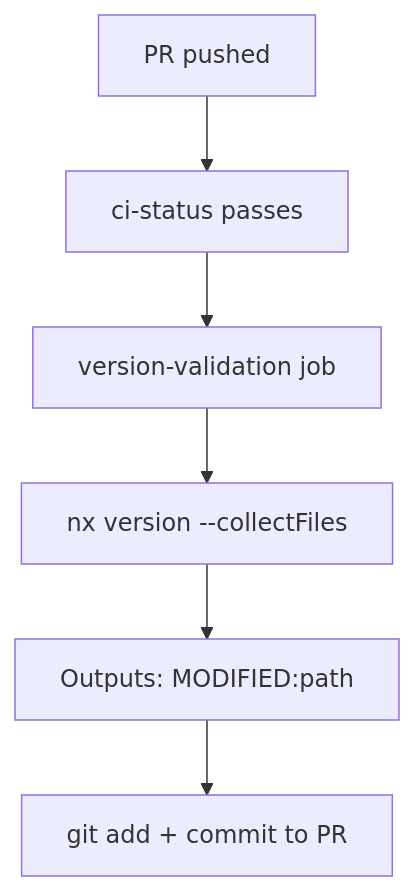
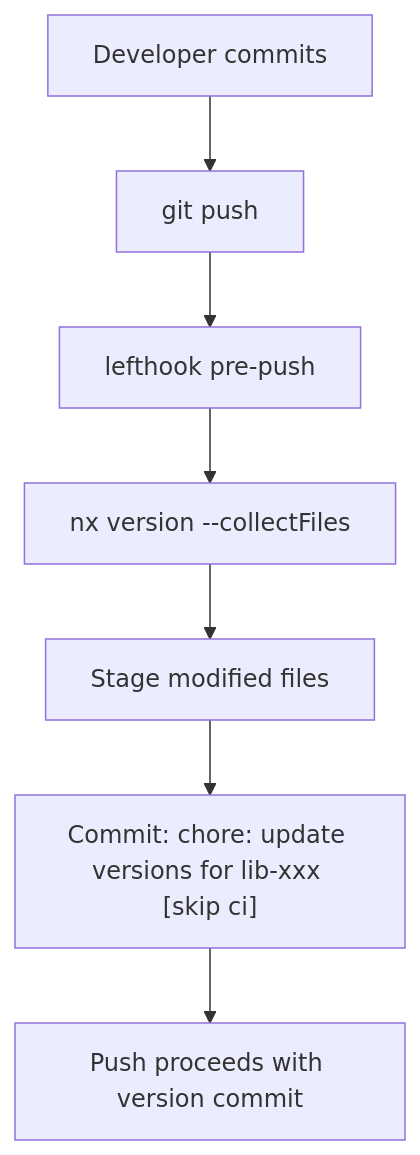
One commit to AndrewRedican/hyperfrontend changed the second of 4 diagrams in tools/package/src/executors/version/ARCHITECTURE.md. Above: the diagram before and after it, drawn with Mermaid. The commit also changed other lines of this file and 7 other files, not shown here.

````diff
--- a/tools/package/src/executors/version/ARCHITECTURE.md
+++ b/tools/package/src/executors/version/ARCHITECTURE.md
@@ -122,8 +124,9 @@
 ```mermaid
 flowchart TD
-    A[PR pushed] --> B[ci-status passes]
-    B --> C[version-validation job]
+    A[Developer commits] --> B[git push]
+    B --> C[lefthook pre-push]
     C --> D[nx version --collectFiles]
-    D --> E["Outputs: MODIFIED:path"]
-    E --> F[git add + commit to PR]
+    D --> E[Stage modified files]
+    E --> F["Commit: chore: update versions for lib-xxx [skip ci]"]
+    F --> G[Push proceeds with version commit]
 ```
````
